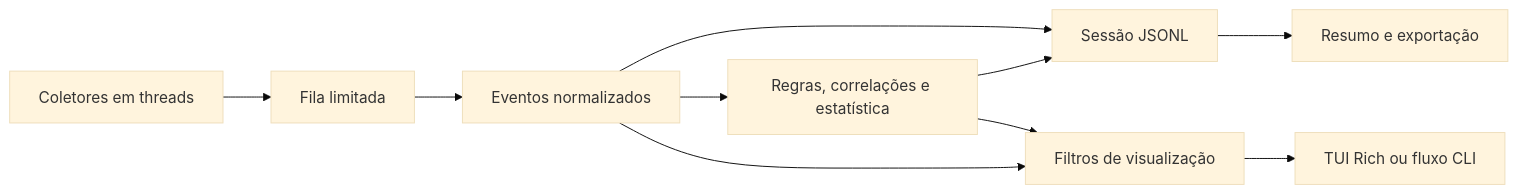
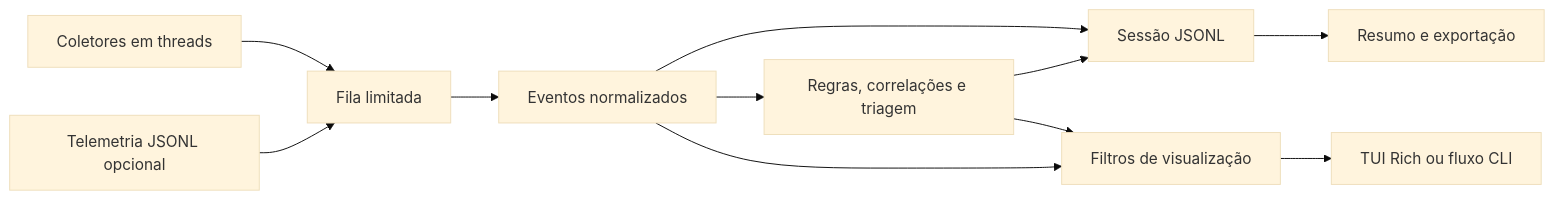
Before and after one commit to Henr1sky/VitaisK: the diagram in docs/architecture.md, drawn with Mermaid (base theme). The commit also changed other lines of this file and 2 other files, not shown here.

Commit message:
Update architecture, rules and telemetry guides

````diff
--- a/docs/architecture.md
+++ b/docs/architecture.md
@@ -5,12 +5,13 @@
 ```mermaid
 flowchart LR
     A["Coletores em threads"] --> B["Fila limitada"]
+    T["Telemetria JSONL opcional"] --> B
     B --> C["Eventos normalizados"]
-    C --> D["Regras, correlações e estatística"]
+    C --> D["Regras, correlações e triagem"]
     C --> E["Sessão JSONL"]
     D --> E
     D --> F["Filtros de visualização"]
     C --> F
     F --> G["TUI Rich ou fluxo CLI"]
     E --> H["Resumo e exportação"]
 ```
````
